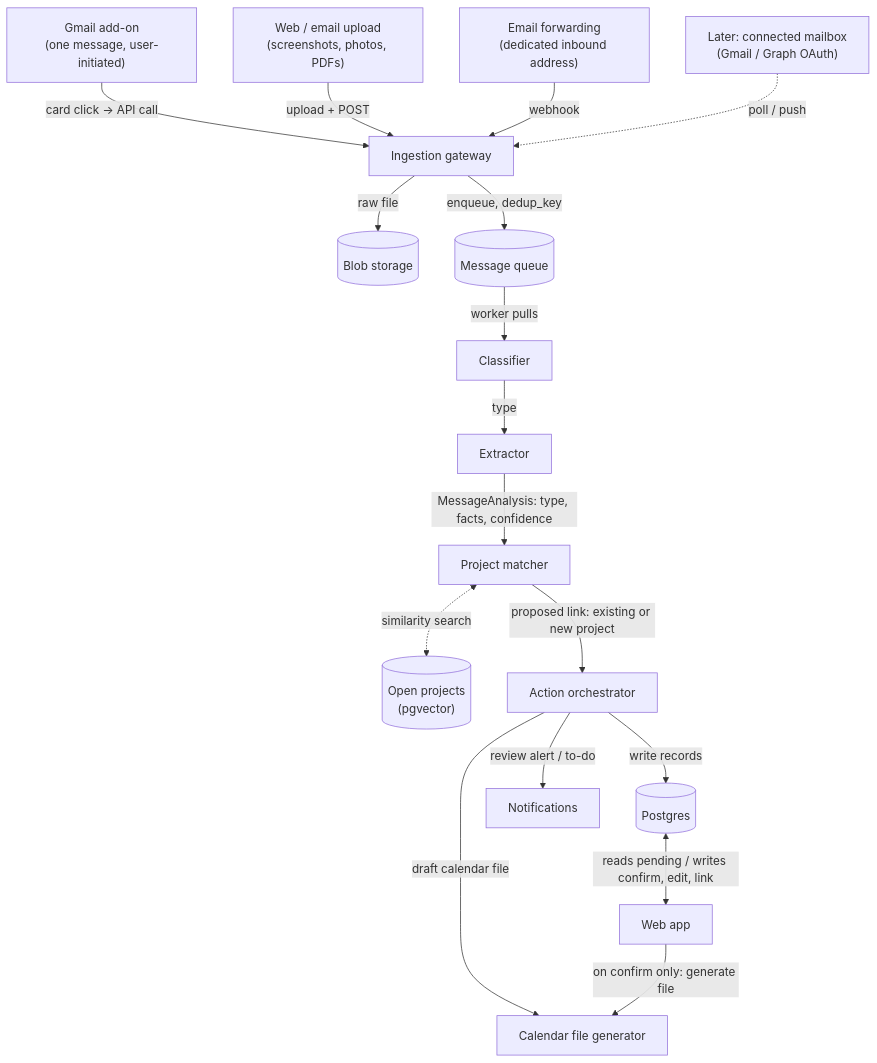
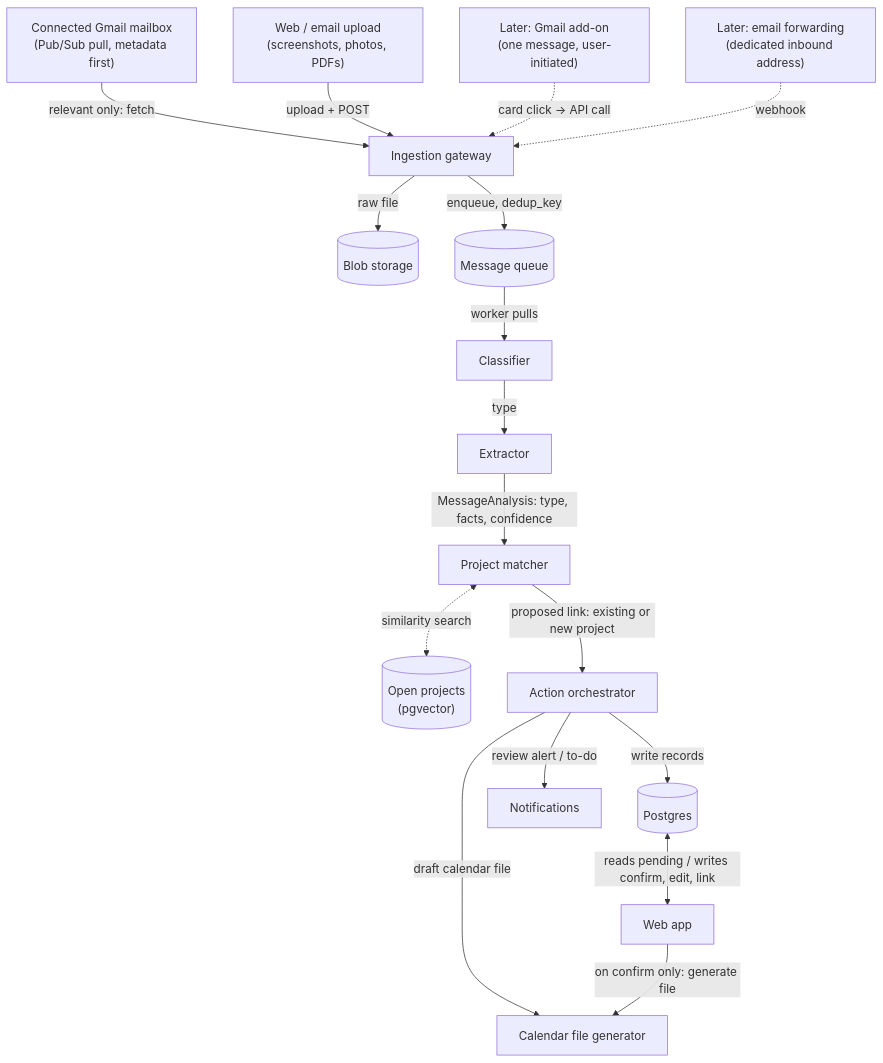
One commit to janiceyujie/talent_biz_os changed the first of 3 diagrams in docs/architecture.md. Above: the diagram before and after it, drawn with Mermaid. The commit also changed other lines of this file and 10 other files, not shown here.

First line of the commit message:
docs: record the design for reading the connected Gmail mailbox

````diff
--- a/docs/architecture.md
+++ b/docs/architecture.md
@@ -237,23 +246,23 @@
 ```mermaid
 flowchart TD
-    GA["Gmail add-on<br/>(one message, user-initiated)"] -->|card click -> API call| GW[Ingestion gateway]
+    CM["Connected Gmail mailbox<br/>(Pub/Sub pull, metadata first)"] -->|relevant only: fetch| GW[Ingestion gateway]
     WU["Web / email upload<br/>(screenshots, photos, PDFs)"] -->|upload + POST| GW
-    FWD["Email forwarding<br/>(dedicated inbound address)"] -->|webhook| GW
-    CM["Later: connected mailbox<br/>(Gmail / Graph OAuth)"] -.->|poll / push| GW
+    GA["Later: Gmail add-on<br/>(one message, user-initiated)"] -.->|card click -> API call| GW
+    FWD["Later: email forwarding<br/>(dedicated inbound address)"] -.->|webhook| GW
 
     GW -->|raw file| BLOB[(Blob storage)]
     GW -->|enqueue, dedup_key| Q[(Message queue)]
 
     Q -->|worker pulls| CL[Classifier]
     CL -->|type| EX[Extractor]
     EX -->|MessageAnalysis: type, facts, confidence| DM[Project matcher]
     DM <-.->|similarity search| OP[("Open projects<br/>(pgvector)")]
 
     DM -->|proposed link: existing or new project| OR[Action orchestrator]
     OR -->|write records| PG[(Postgres)]
     OR -->|draft calendar file| CAL[Calendar file generator]
     OR -->|review alert / to-do| NOT[Notifications]
 
     PG <-->|reads pending / writes confirm, edit, link| WEB[Web app]
     WEB -->|on confirm only: generate file| CAL
 ```
````
